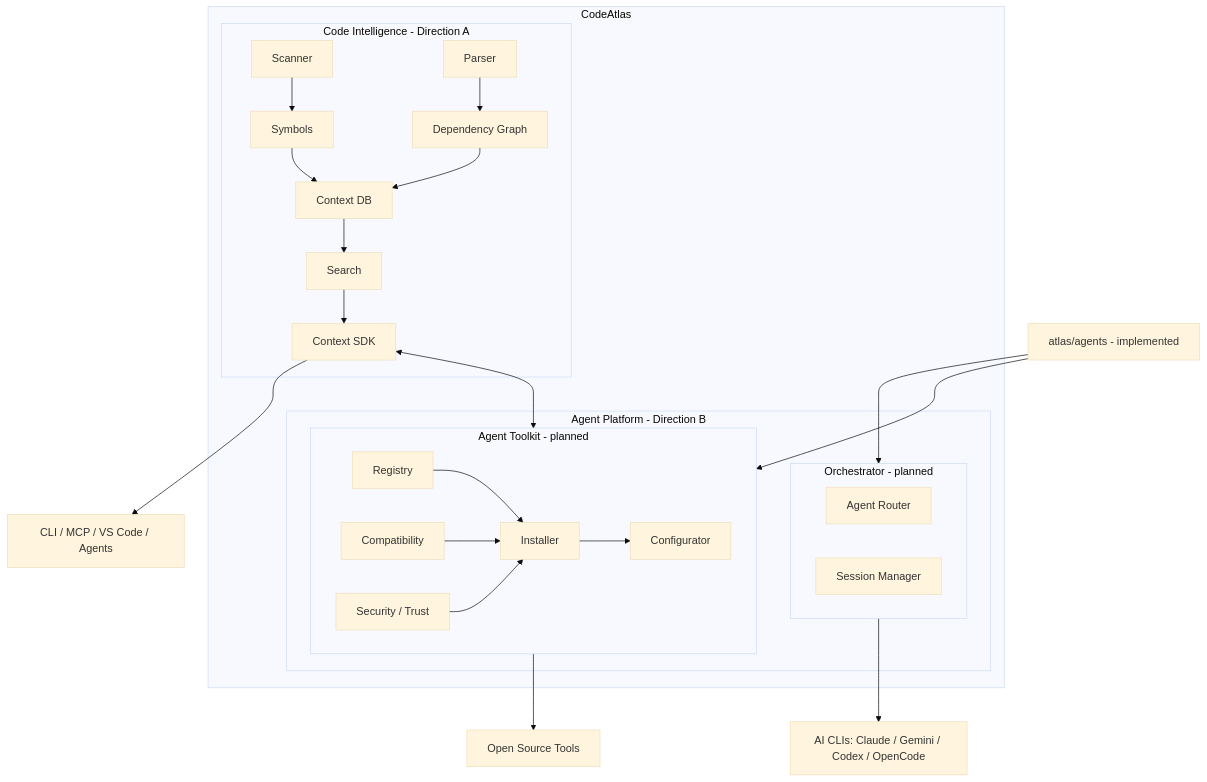
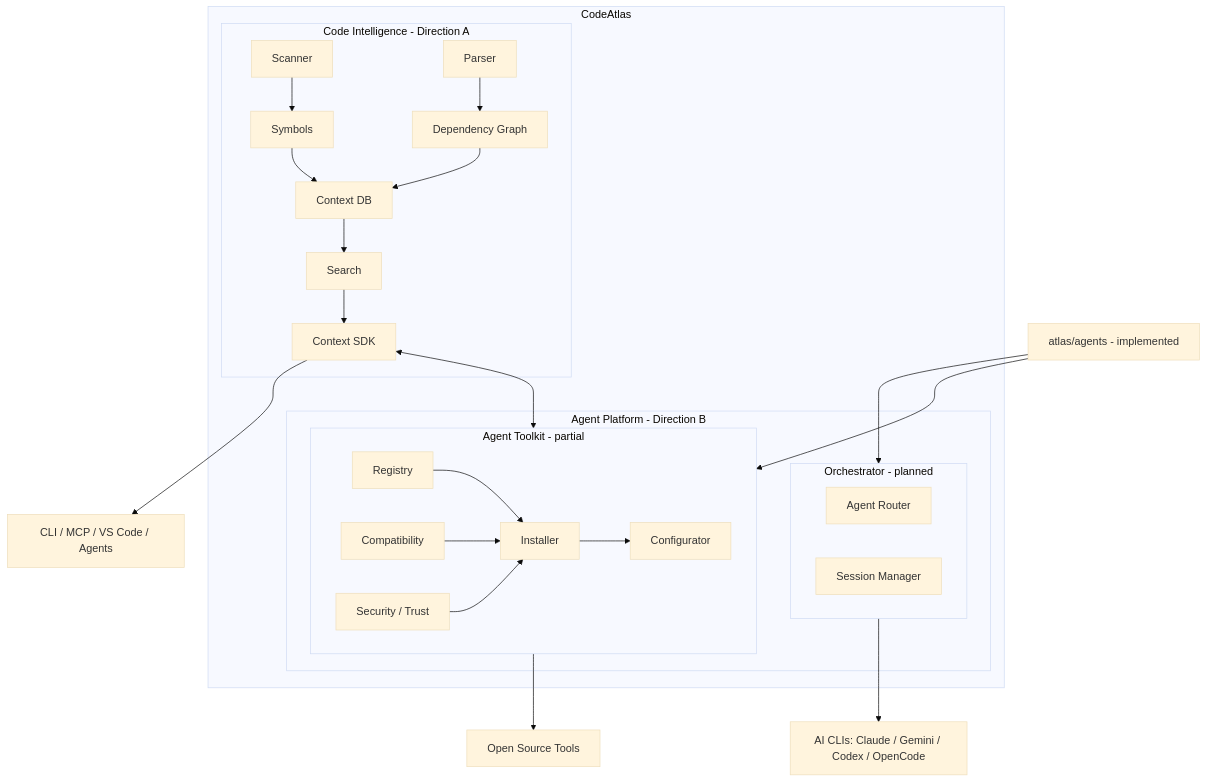
One commit to Prof-bilal/CodeAtlas changed the diagram in docs/AGENT_TOOLKIT.md. Above: the diagram before and after it, drawn with Mermaid (base theme). The commit also changed other lines of this file and 11 other files, not shown here.

Commit message:
feat(docs): update documentation for Agent Toolkit, CLI commands, and context storage

````diff
--- a/docs/AGENT_TOOLKIT.md
+++ b/docs/AGENT_TOOLKIT.md
@@ -69,38 +70,38 @@
 ```mermaid
 flowchart TB
     subgraph CA[CodeAtlas]
         subgraph CI[Code Intelligence - Direction A]
             S1[Scanner] --> S2[Symbols]
             P1[Parser] --> G1[Dependency Graph]
             S2 & G1 --> DB1[Context DB]
             DB1 --> SE1[Search]
             SE1 --> SDK1[Context SDK]
         end
         subgraph AP[Agent Platform - Direction B]
             subgraph OM[Orchestrator - planned]
                 AR1[Agent Router]
                 SM1[Session Manager]
             end
-            subgraph TK[Agent Toolkit - planned]
+            subgraph TK[Agent Toolkit - partial]
                 R1[Registry]
                 I1[Installer]
                 C1[Configurator]
                 C2[Compatibility]
                 SE2[Security / Trust]
             end
         end
     end
 
     SDK1 <--> TK
     AG1[atlas/agents - implemented] --> OM
     AG1 --> TK
     R1 --> I1
     C2 --> I1
     SE2 --> I1
     I1 --> C1
 
     TK --> OST[Open Source Tools]
     OM --> CLI1[AI CLIs: Claude / Gemini / Codex / OpenCode]
 
     SDK1 --> CS[CLI / MCP / VS Code / Agents]
 ```
````
